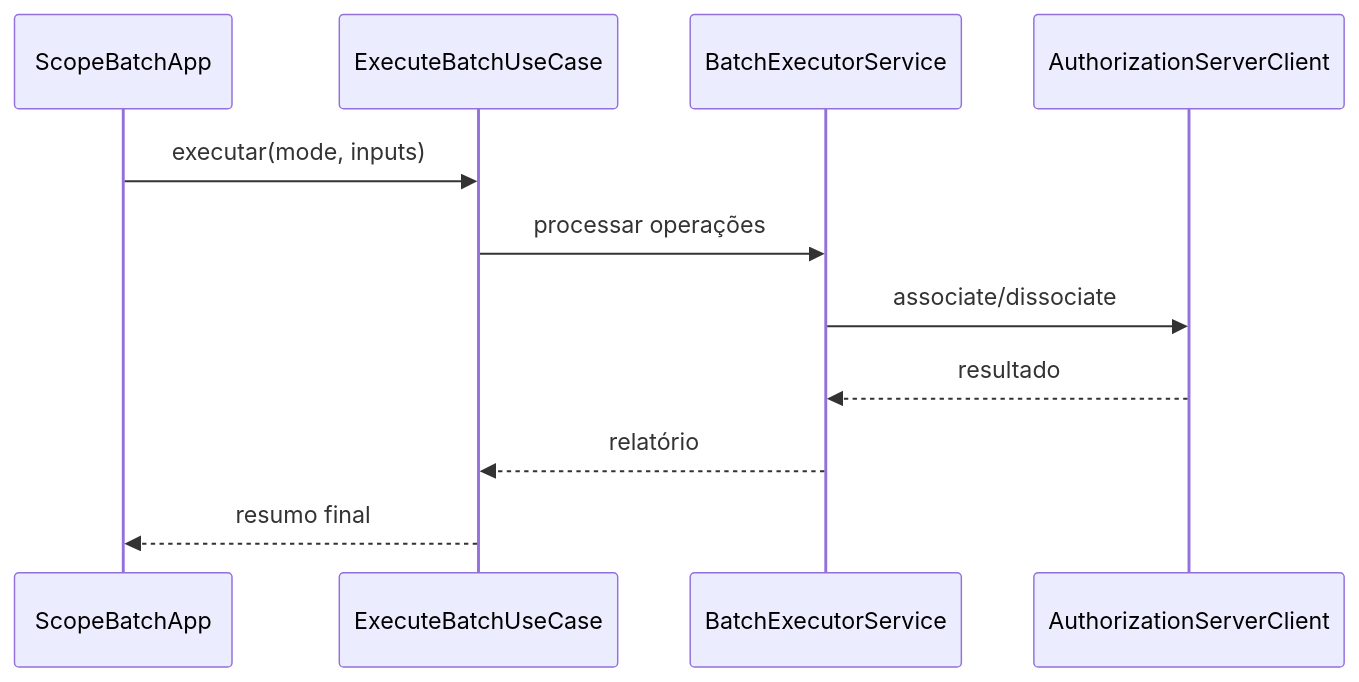
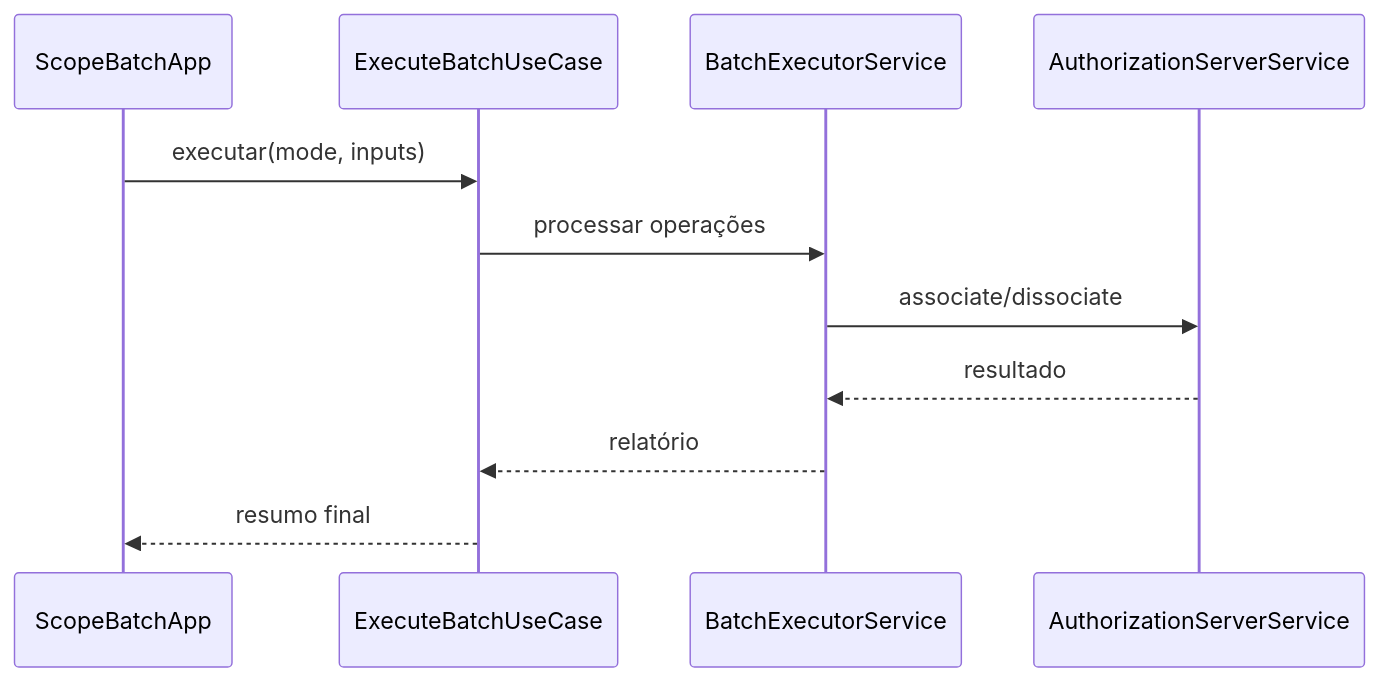
Before and after one commit to alluiz/scope-handler: the diagram in docs/overview.md, drawn with Mermaid. The commit also changed other lines of this file and 30 other files, not shown here.

````diff
--- a/docs/overview.md
+++ b/docs/overview.md
@@ -6,13 +6,13 @@
 ```mermaid
 sequenceDiagram
     participant CLI as ScopeBatchApp
     participant UC as ExecuteBatchUseCase
     participant BE as BatchExecutorService
-    participant AS as AuthorizationServerClient
+    participant AS as AuthorizationServerService
     CLI->>UC: executar(mode, inputs)
     UC->>BE: processar operações
     BE->>AS: associate/dissociate
     AS-->>BE: resultado
     BE-->>UC: relatório
     UC-->>CLI: resumo final
 ```
````
